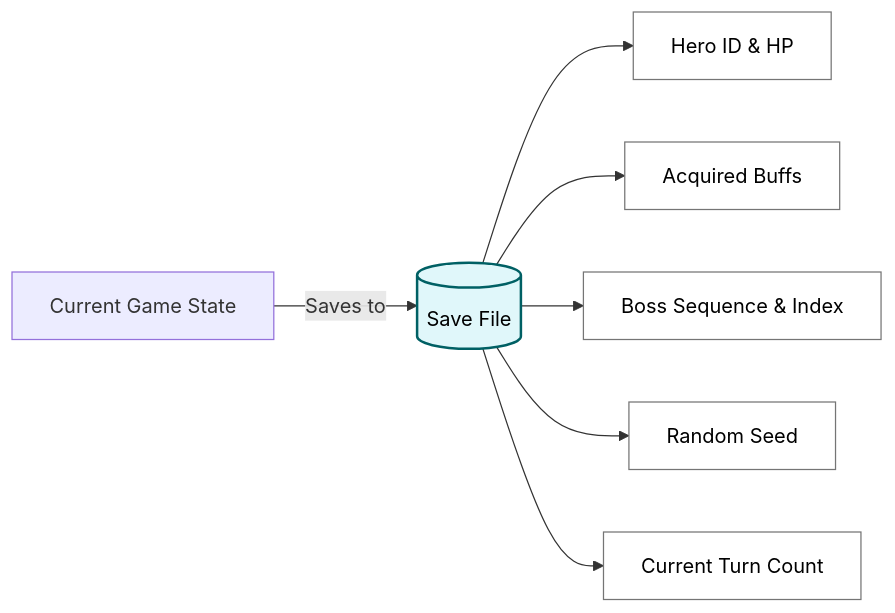
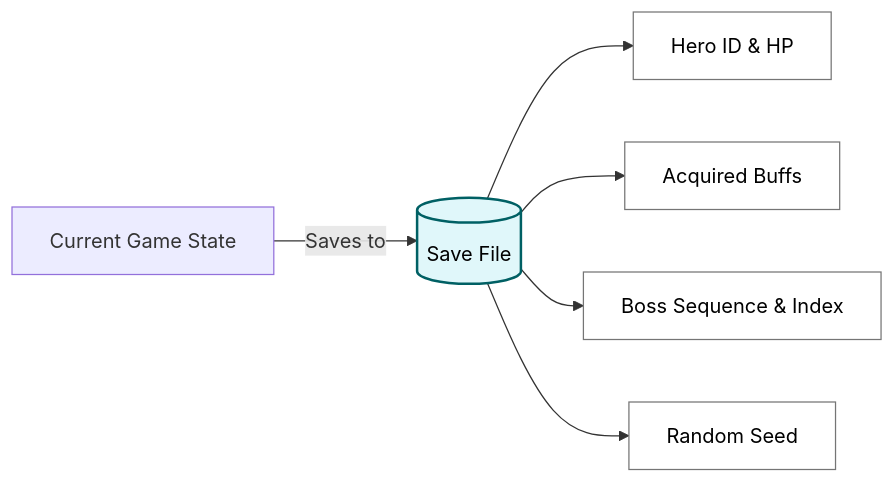
Before and after one commit to IcyCrucifix/COMP2113_Group66: the second of 2 diagrams in README.md, drawn with Mermaid.

Commit message:
Remove Current Turn Count from README diagram
Removed 'Current Turn Count' from diagram and class definition.

````diff
--- a/README.md
+++ b/README.md
@@ -227,16 +227,15 @@
 ```mermaid
 %%{init: {'theme': 'default'}}%%
 graph LR
     A[Current Game State] -->|Saves to| B[(Save File)]
     B --> C[Hero ID & HP]
     B --> D[Acquired Buffs]
     B --> E[Boss Sequence & Index]
     B --> F[Random Seed]
-    B --> G[Current Turn Count]
 
     classDef file fill:#e0f7fa,stroke:#006064,color:#000000,stroke-width:2px;
     classDef data fill:#ffffff,stroke:#757575,color:#000000,stroke-width:1px;
 
     class B file;
-    class C,D,E,F,G data;
+    class C,D,E,F data;
 ```
````
